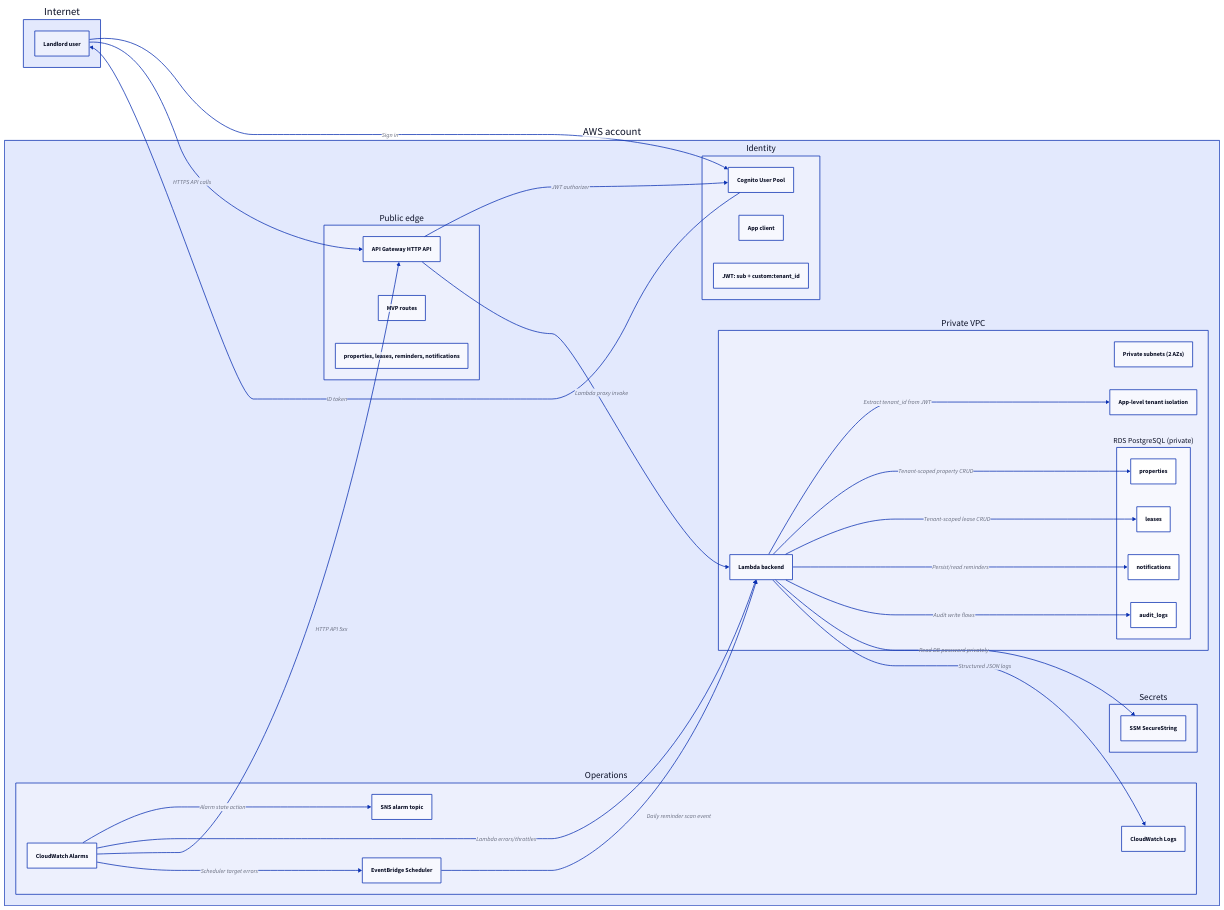
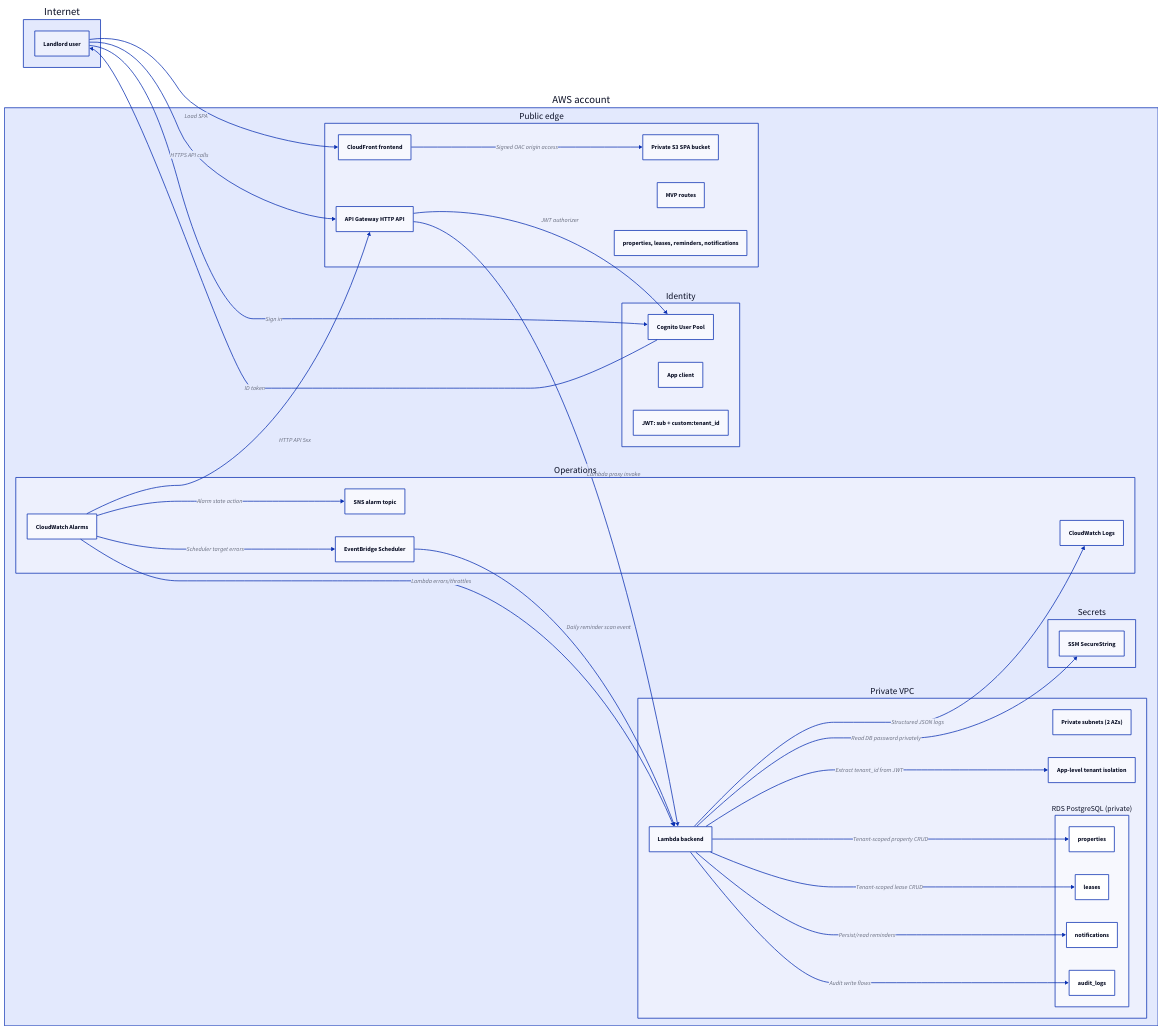
One commit to Alpine78/leaseflow changed the diagram in docs/diagrams/leaseflow-architecture.d2. Above: the diagram before and after it, drawn with D2. The commit also changed 18 other files, not shown here.

Commit message:
infra: add s3 cloudfront hosting path for frontend (#101)

```diff
--- a/docs/diagrams/leaseflow-architecture.d2
+++ b/docs/diagrams/leaseflow-architecture.d2
@@ -1,64 +1,68 @@
 direction: right
 
 internet: Internet {
   landlord_user: Landlord user
 }
 
 aws: AWS account {
   public_edge: Public edge {
+    cloudfront: CloudFront frontend
+    frontend_bucket: Private S3 SPA bucket
     api_gateway: API Gateway HTTP API
     routes_note: MVP routes
     route_scope: properties, leases, reminders, notifications
   }
 
   identity: Identity {
     cognito: Cognito User Pool
     app_client: App client
     claims_note: JWT: sub + custom:tenant_id
   }
 
   operations: Operations {
     cloudwatch_logs: CloudWatch Logs
     cloudwatch_alarms: CloudWatch Alarms
     sns_topic: SNS alarm topic
     eventbridge: EventBridge Scheduler
   }
 
   secrets: Secrets {
     ssm: SSM SecureString
   }
 
   vpc: Private VPC {
     private_subnets: Private subnets (2 AZs)
     lambda_backend: Lambda backend
     tenant_note: App-level tenant isolation
 
     rds_postgres: RDS PostgreSQL (private) {
       properties_table: properties
       leases_table: leases
       notifications_table: notifications
       audit_logs_table: audit_logs
     }
   }
 }
 
 internet.landlord_user -> aws.identity.cognito: Sign in
 aws.identity.cognito -> internet.landlord_user: ID token
+internet.landlord_user -> aws.public_edge.cloudfront: Load SPA
+aws.public_edge.cloudfront -> aws.public_edge.frontend_bucket: Signed OAC origin access
 internet.landlord_user -> aws.public_edge.api_gateway: HTTPS API calls
 aws.public_edge.api_gateway -> aws.identity.cognito: JWT authorizer
 aws.public_edge.api_gateway -> aws.vpc.lambda_backend: Lambda proxy invoke
 
 aws.vpc.lambda_backend -> aws.vpc.tenant_note: Extract tenant_id from JWT
 aws.vpc.lambda_backend -> aws.vpc.rds_postgres.properties_table: Tenant-scoped property CRUD
 aws.vpc.lambda_backend -> aws.vpc.rds_postgres.leases_table: Tenant-scoped lease CRUD
 aws.vpc.lambda_backend -> aws.vpc.rds_postgres.notifications_table: Persist/read reminders
 aws.vpc.lambda_backend -> aws.vpc.rds_postgres.audit_logs_table: Audit write flows
 
 aws.vpc.lambda_backend -> aws.secrets.ssm: Read DB password privately
 
 aws.operations.eventbridge -> aws.vpc.lambda_backend: Daily reminder scan event
 aws.vpc.lambda_backend -> aws.operations.cloudwatch_logs: Structured JSON logs
 aws.operations.cloudwatch_alarms -> aws.operations.sns_topic: Alarm state action
 aws.operations.cloudwatch_alarms -> aws.vpc.lambda_backend: Lambda errors/throttles
 aws.operations.cloudwatch_alarms -> aws.public_edge.api_gateway: HTTP API 5xx
 aws.operations.cloudwatch_alarms -> aws.operations.eventbridge: Scheduler target errors
```
